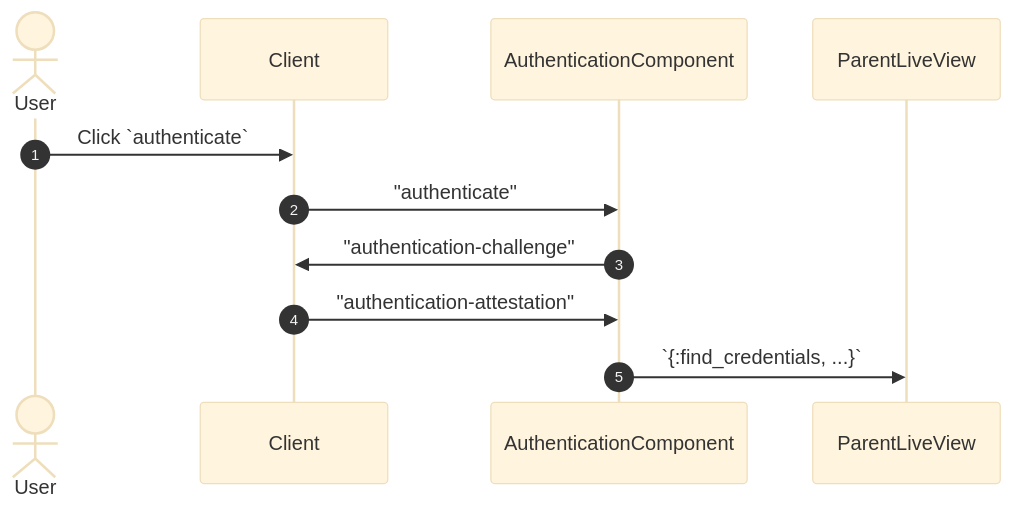
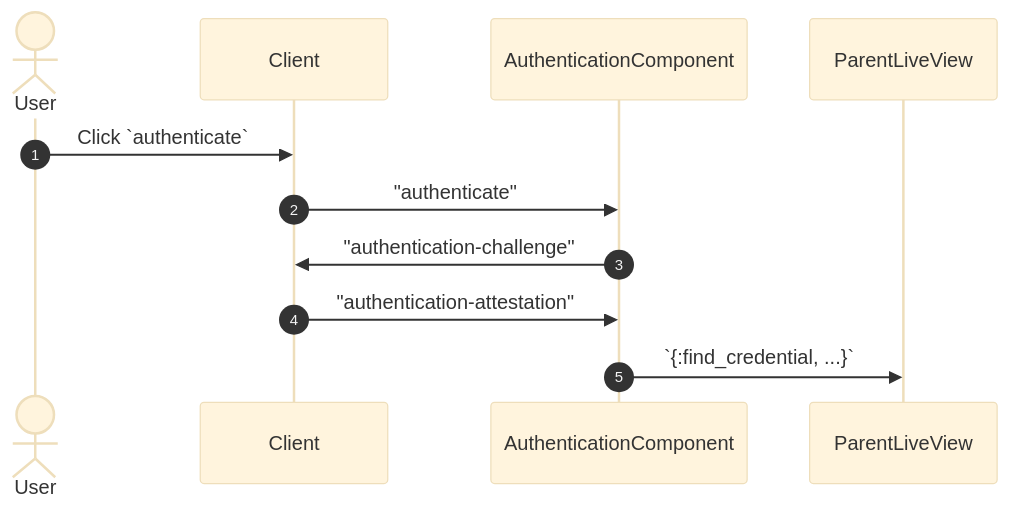
The sixth of 6 diagrams in README.md (liveshowy/webauthn_components), drawn with Mermaid (base theme) before and after one commit. The commit also changed other lines of this file and 8 other files, not shown here.

````diff
--- a/README.md
+++ b/README.md
@@ -148,14 +158,14 @@
 ```mermaid
 sequenceDiagram
    autonumber
    actor User
    participant Client
    participant AuthenticationComponent
    participant ParentLiveView
 
    User->>Client: Click `authenticate`
    Client->>AuthenticationComponent: "authenticate"
    AuthenticationComponent->>Client: "authentication-challenge"
    Client->>AuthenticationComponent: "authentication-attestation"
-   AuthenticationComponent->>ParentLiveView: `{:find_credentials, ...}`
+   AuthenticationComponent->>ParentLiveView: `{:find_credential, ...}`
 ```
````
